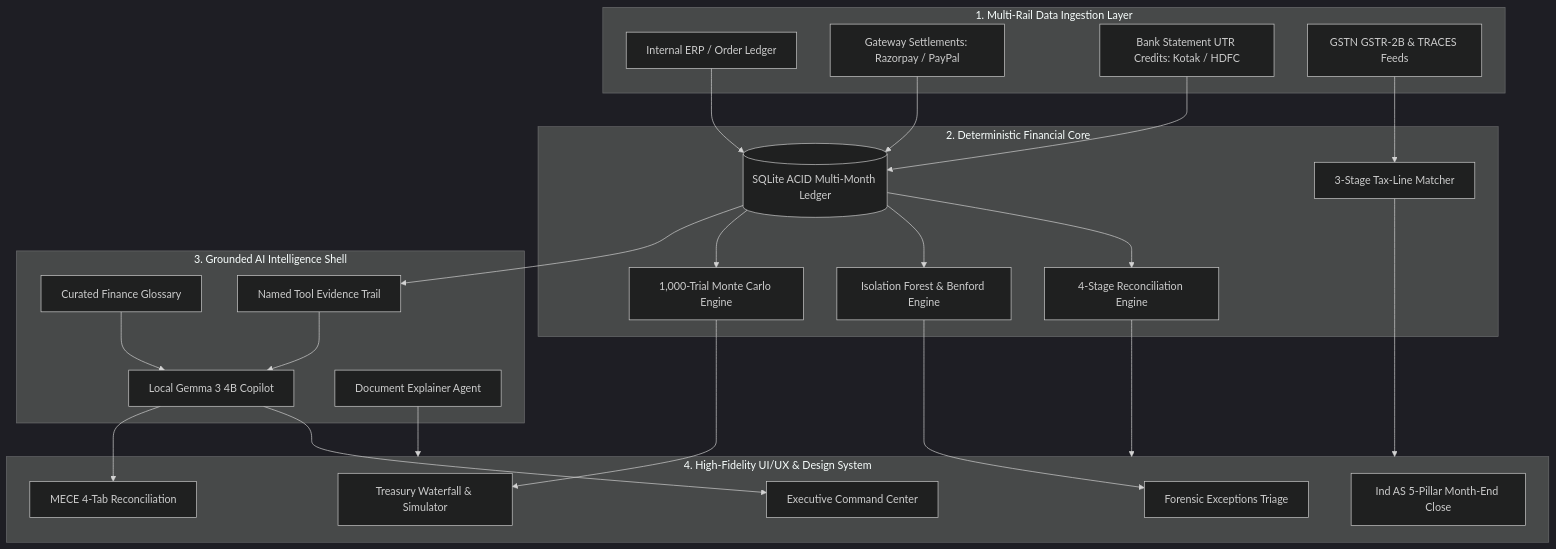
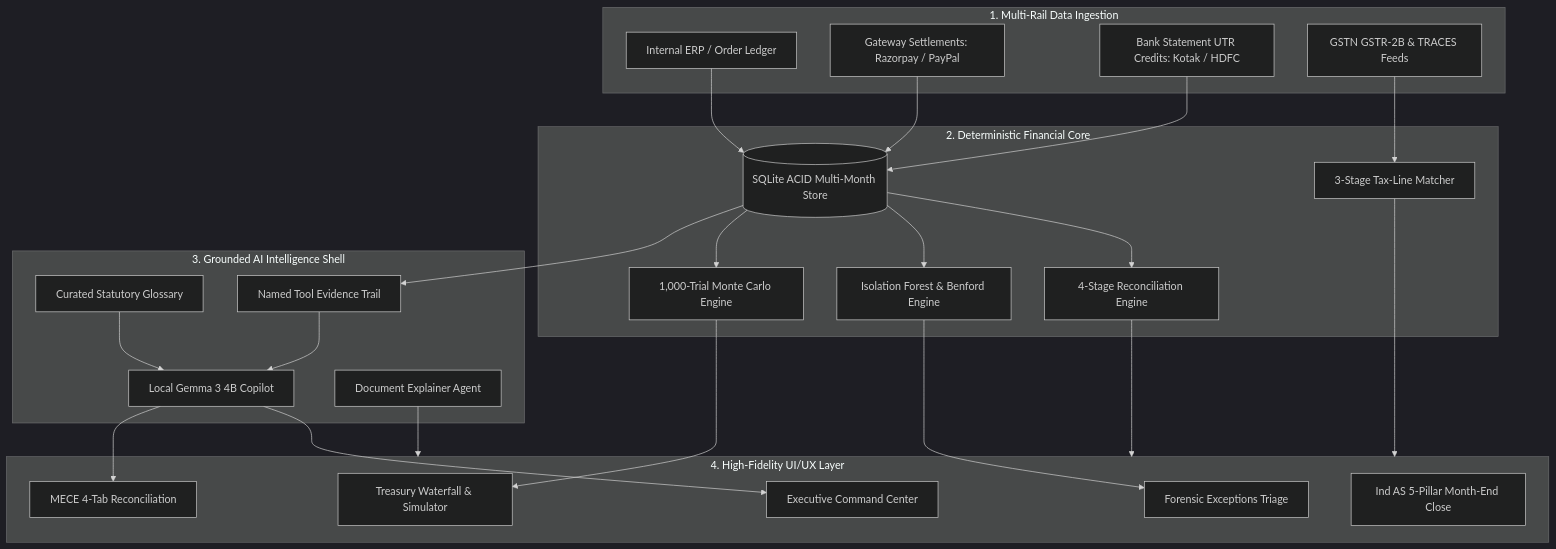
One commit to sharancode3/Finora changed the diagram in README.md. Above: the diagram before and after it, drawn with Mermaid (dark theme). The commit also changed other lines of this file, not shown here.

````diff
--- a/README.md
+++ b/README.md
@@ -122,53 +114,53 @@
 ```mermaid
 graph TD
-    subgraph Ingestion["1. Multi-Rail Data Ingestion Layer"]
+    subgraph Ingestion["1. Multi-Rail Data Ingestion"]
         L[Internal ERP / Order Ledger]
         G[Gateway Settlements: Razorpay / PayPal]
         B[Bank Statement UTR Credits: Kotak / HDFC]
         T[GSTN GSTR-2B & TRACES Feeds]
     end
 
     subgraph Core["2. Deterministic Financial Core"]
-        SQL[(SQLite ACID Multi-Month Ledger)]
+        SQL[(SQLite ACID Multi-Month Store)]
         M4[4-Stage Reconciliation Engine]
         ANOM[Isolation Forest & Benford Engine]
         MC[1,000-Trial Monte Carlo Engine]
         TAX[3-Stage Tax-Line Matcher]
     end
 
     subgraph Agentic["3. Grounded AI Intelligence Shell"]
         GEMMA[Local Gemma 3 4B Copilot]
-        GLOSS[Curated Finance Glossary]
+        GLOSS[Curated Statutory Glossary]
         DOC[Document Explainer Agent]
         EVID[Named Tool Evidence Trail]
     end
 
-    subgraph UI["4. High-Fidelity UI/UX & Design System"]
+    subgraph UI["4. High-Fidelity UI/UX Layer"]
         DASH[Executive Command Center]
         RECON[MECE 4-Tab Reconciliation]
         EXC[Forensic Exceptions Triage]
         CASH[Treasury Waterfall & Simulator]
         CLOSE[Ind AS 5-Pillar Month-End Close]
     end
 
     L --> SQL
     G --> SQL
     B --> SQL
     T --> TAX
 
     SQL --> M4
     SQL --> ANOM
     SQL --> MC
 
     M4 --> UI
     ANOM --> EXC
     MC --> CASH
     TAX --> UI
 
     SQL --> EVID
     GLOSS --> GEMMA
     EVID --> GEMMA
     DOC --> UI
     GEMMA --> DASH
     GEMMA --> RECON
 ```
````
